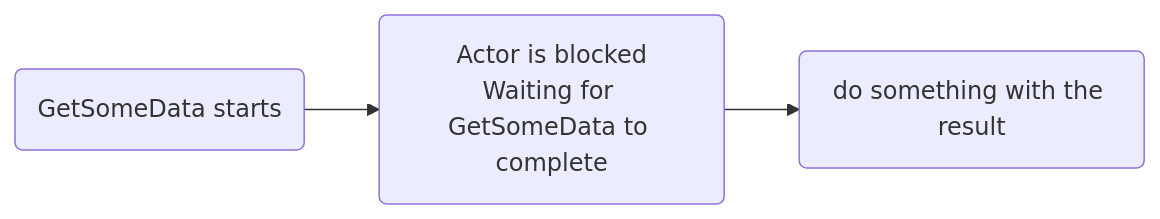
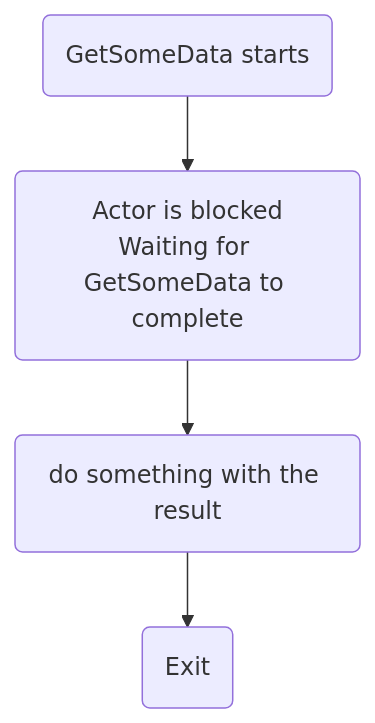
The first of 2 diagrams in hugo/content/docs/reenter.md (asynkron/protoactor-website), drawn with Mermaid before and after one commit. The commit also changed other lines of this file, not shown here.

````diff
--- a/hugo/content/docs/reenter.md
+++ b/hugo/content/docs/reenter.md
@@ -34,11 +34,12 @@
 ```mermaid
-    graph LR
+    graph TB
     start(GetSomeData starts)
     blocked(Actor is blocked<br>Waiting for GetSomeData to complete)
     class blocked red
     rest(do something with the result)
+    exit(Exit)
 
 
-start --> blocked --> rest
+start --> blocked --> rest --> exit
 
 ```
````
